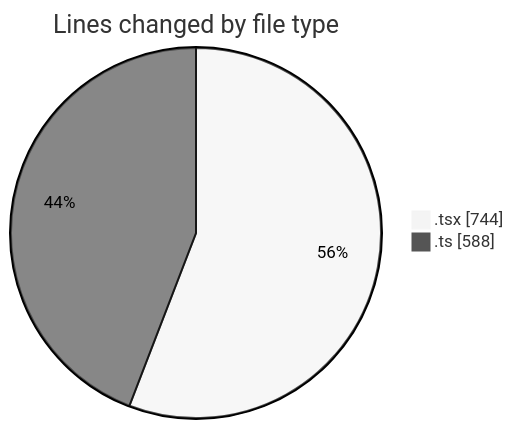
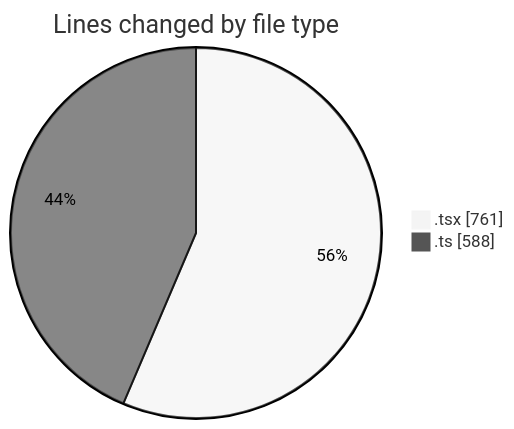
The first of 2 diagrams in 2026-04-17/airfeed-analytics-dashboard/README.md (nxtqubesakshisongat/code-tracking), drawn with Mermaid (neutral theme) before and after one commit. The commit also changed other lines of this file and 1 other file, not shown here.

````diff
--- a/2026-04-17/airfeed-analytics-dashboard/README.md
+++ b/2026-04-17/airfeed-analytics-dashboard/README.md
@@ -26,6 +26,6 @@
 ```mermaid
 pie showData
 title Lines changed by file type
-".tsx" : 744
+".tsx" : 761
 ".ts" : 588
 ```
````
